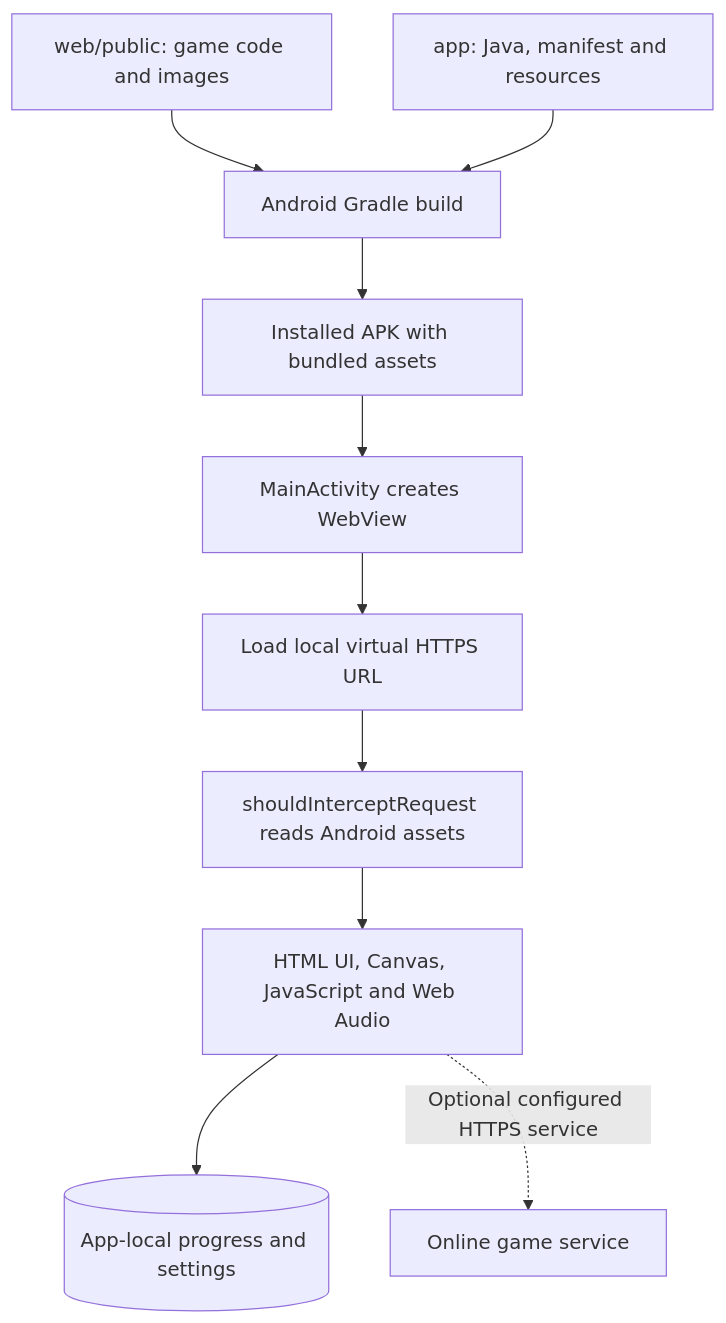
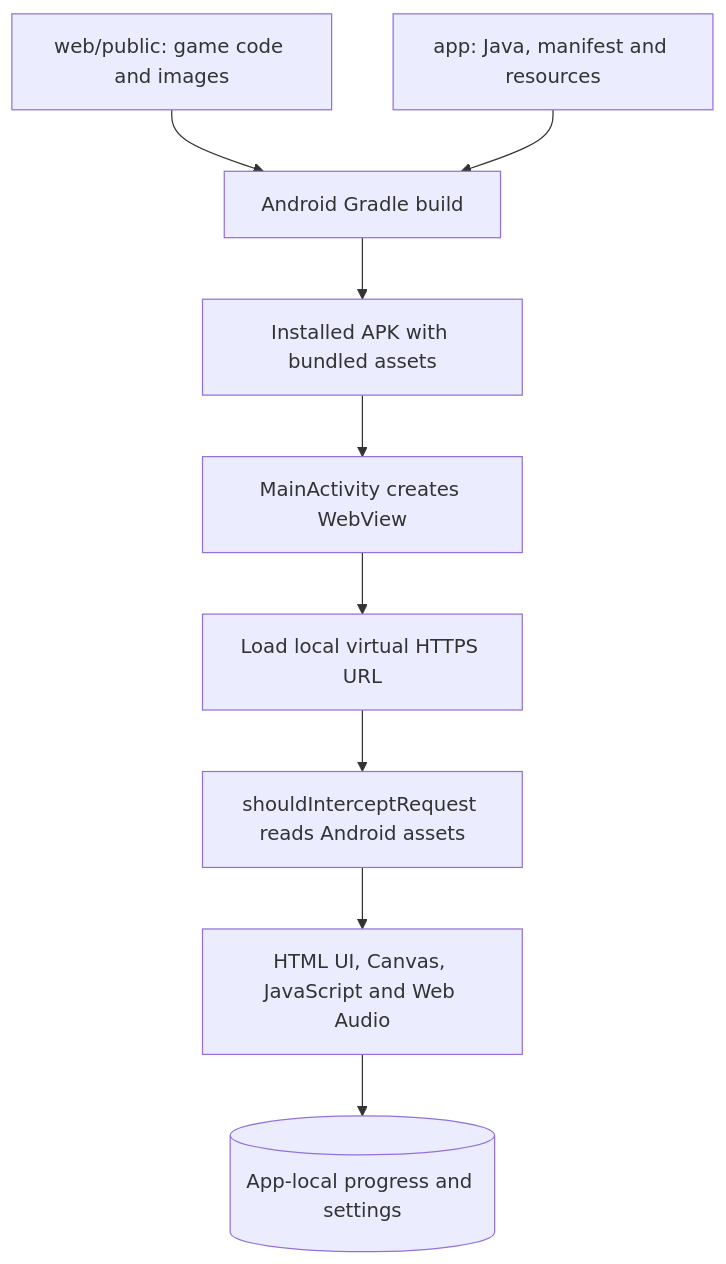
The diagram in docs/ANDROID.md (VaVi-Tech24/VaViLantern), drawn with Mermaid before and after one commit. The commit also changed other lines of this file and 8 other files, not shown here.

````diff
--- a/docs/ANDROID.md
+++ b/docs/ANDROID.md
@@ -33,12 +33,12 @@
 ```mermaid
 flowchart TD
   Shared[web/public: game code and images] --> Build[Android Gradle build]
   Native[app: Java, manifest and resources] --> Build
   Build --> APK[Installed APK with bundled assets]
   APK --> Activity[MainActivity creates WebView]
   Activity --> URL[Load local virtual HTTPS URL]
   URL --> Intercept[shouldInterceptRequest reads Android assets]
   Intercept --> Game[HTML UI, Canvas, JavaScript and Web Audio]
   Game --> Local[(App-local progress and settings)]
-  Game -. Optional configured HTTPS service .-> Online[Online game service]
+
 ```
````
